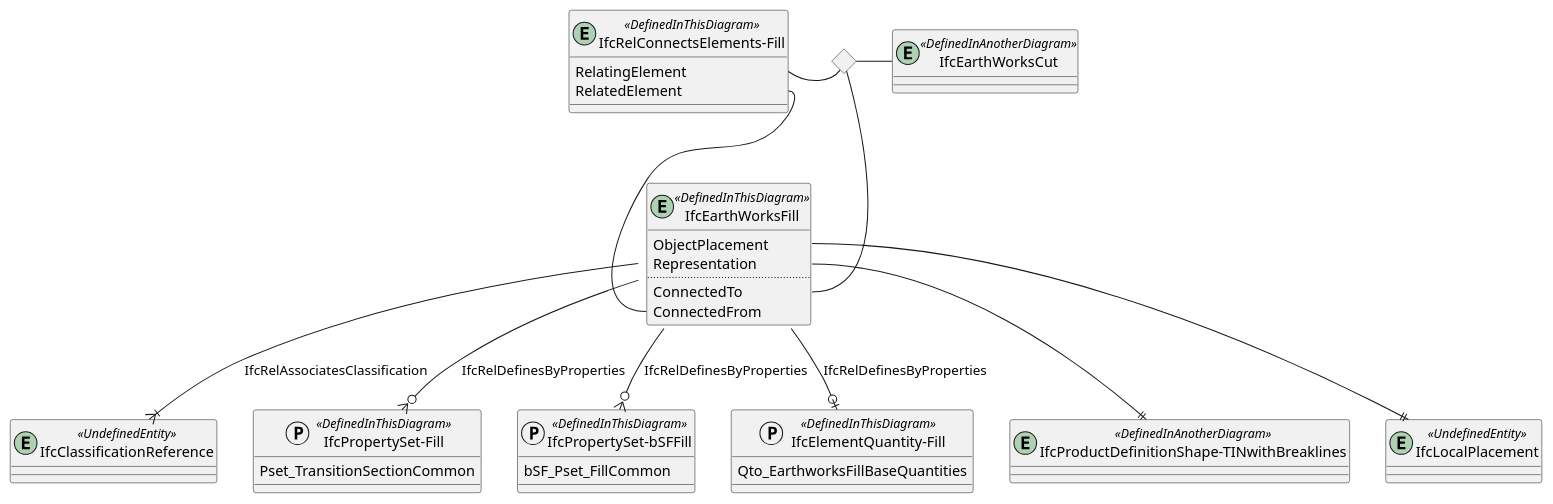
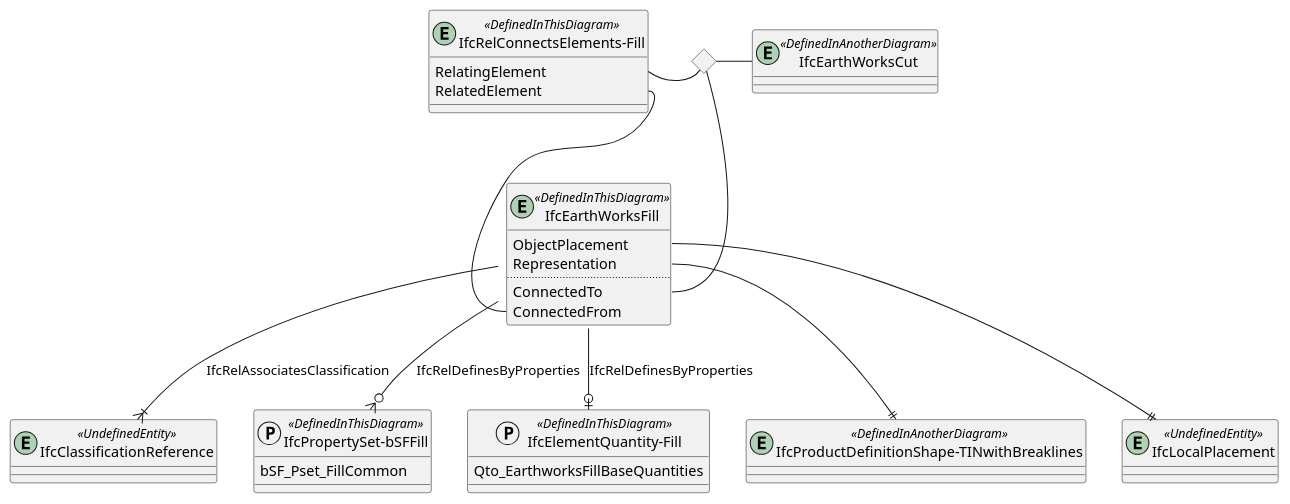
One commit to buildingSMART-Finland/RYTV-IFCRoute changed the diagram in diagrams/bsf-IfcEarthworksFill.pu. Above: the diagram before and after it, drawn with PlantUML.

Commit message:
Removed Pset_TransitionSectionCommon and IFCPropertySet-Fill

```diff
--- a/diagrams/bsf-IfcEarthworksFill.pu
+++ b/diagrams/bsf-IfcEarthworksFill.pu
@@ -1,56 +1,50 @@
 @startuml 
 
 entity IfcEarthWorksFill <<DefinedInThisDiagram>>
 {
   ObjectPlacement
   Representation
   ..
   ConnectedTo
   ConnectedFrom
 }
 
 
 entity "IfcRelConnectsElements-Fill" <<DefinedInThisDiagram>>
 {
   RelatingElement
   RelatedElement
 }
 IfcEarthWorksFill::ConnectedFrom -- "IfcRelConnectsElements-Fill::RelatedElement" 
 
 entity IfcEarthWorksCut <<DefinedInAnotherDiagram>>
 
 
 <> choice
 "IfcRelConnectsElements-Fill::RelatingElement" - choice
 choice - IfcEarthWorksFill::ConnectedTo
 choice - IfcEarthWorksCut
 
 entity IfcClassificationReference <<UndefinedEntity>>
 IfcEarthWorksFill --|{ IfcClassificationReference : IfcRelAssociatesClassification
 
 entity "IfcProductDefinitionShape-TINwithBreaklines" <<DefinedInAnotherDiagram>>
 IfcEarthWorksFill::Representation --|| "IfcProductDefinitionShape-TINwithBreaklines"
 
 entity IfcLocalPlacement <<UndefinedEntity>>
 IfcEarthWorksFill::ObjectPlacement --|| IfcLocalPlacement
 
-protocol "IfcPropertySet-Fill" <<DefinedInThisDiagram>>
-{
-    Pset_TransitionSectionCommon
-}
-IfcEarthWorksFill --o{ "IfcPropertySet-Fill" : IfcRelDefinesByProperties
-
 protocol "IfcPropertySet-bSFFill" <<DefinedInThisDiagram>>
 {
     bSF_Pset_FillCommon
 }
 IfcEarthWorksFill --o{ "IfcPropertySet-bSFFill" : IfcRelDefinesByProperties
 
 protocol "IfcElementQuantity-Fill" <<DefinedInThisDiagram>>
 {
     Qto_EarthworksFillBaseQuantities
 }
 IfcEarthWorksFill --o| "IfcElementQuantity-Fill" : IfcRelDefinesByProperties
 
 
 @enduml
```
